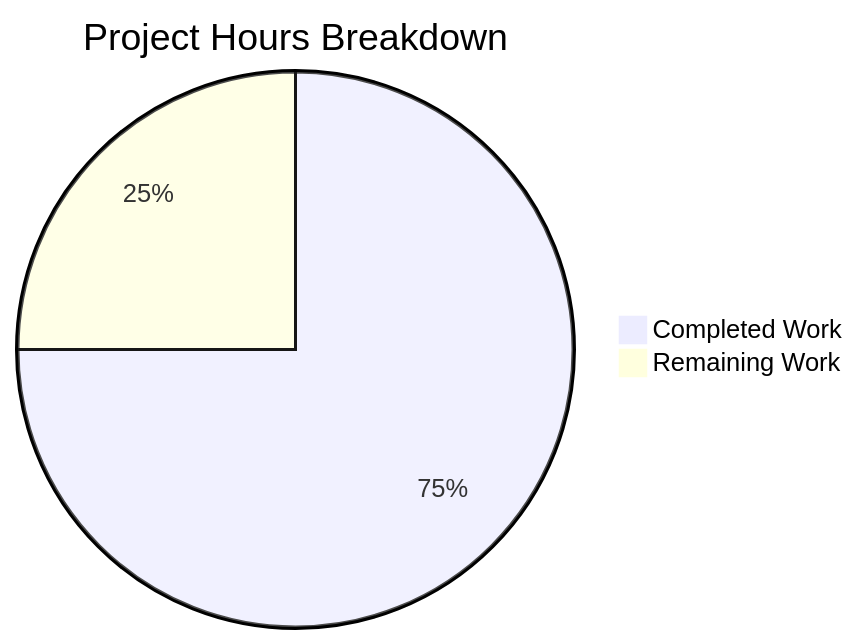
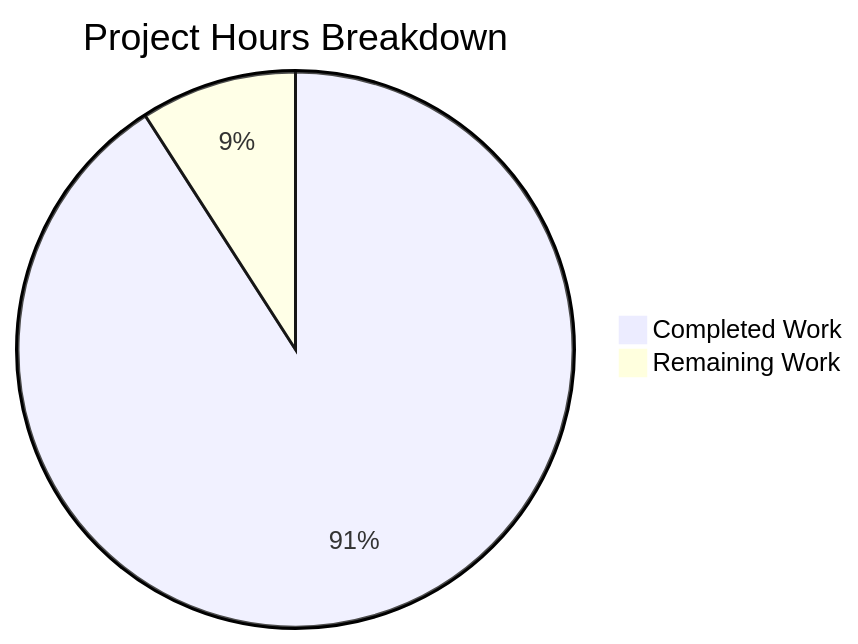
One commit to sudhanshu-spec/test-spec changed the diagram in blitzy/documentation/Project Guide.md. Above: the diagram before and after it, drawn with Mermaid. The commit also changed other lines of this file, not shown here.

Commit message:
Adding Blitzy Project Guide: Project Status and Human Tasks Remaining

````diff
--- a/blitzy/documentation/Project Guide.md
+++ b/blitzy/documentation/Project Guide.md
@@ -60,5 +23,5 @@
 ```mermaid
 pie title Project Hours Breakdown
-    "Completed Work" : 9
-    "Remaining Work" : 3
+    "Completed Work" : 10
+    "Remaining Work" : 1
 ```
````
